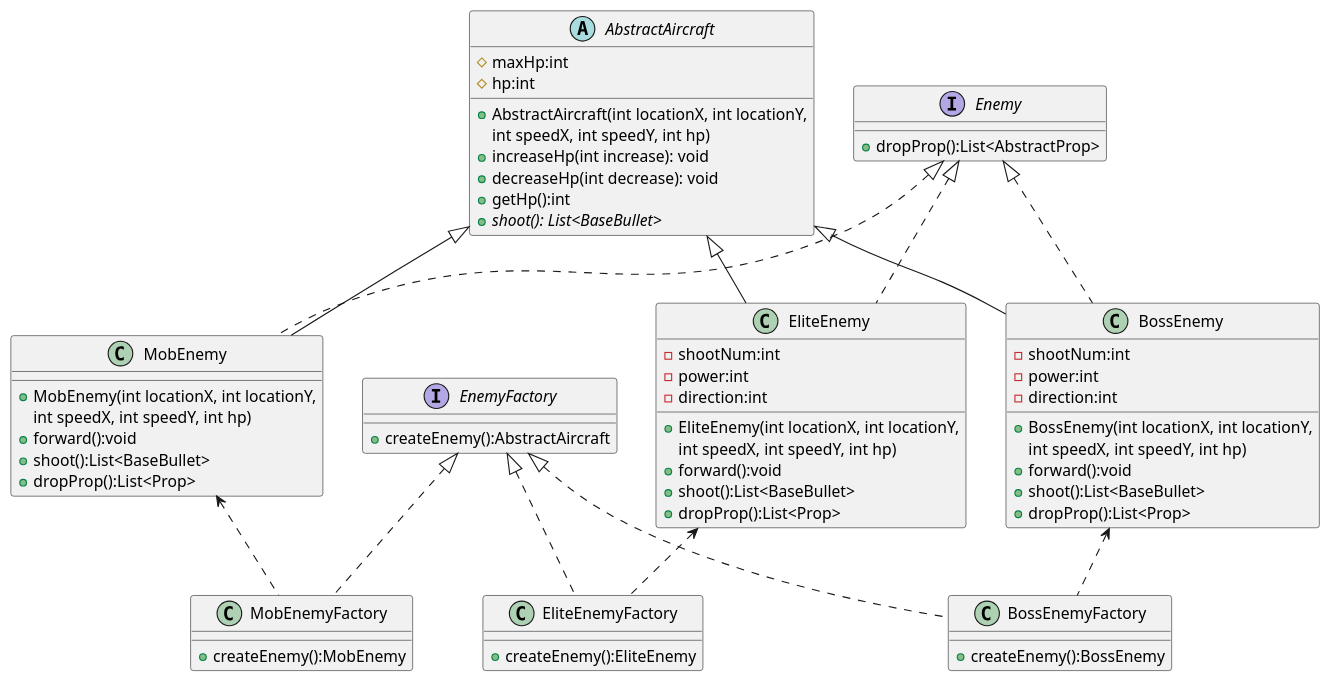
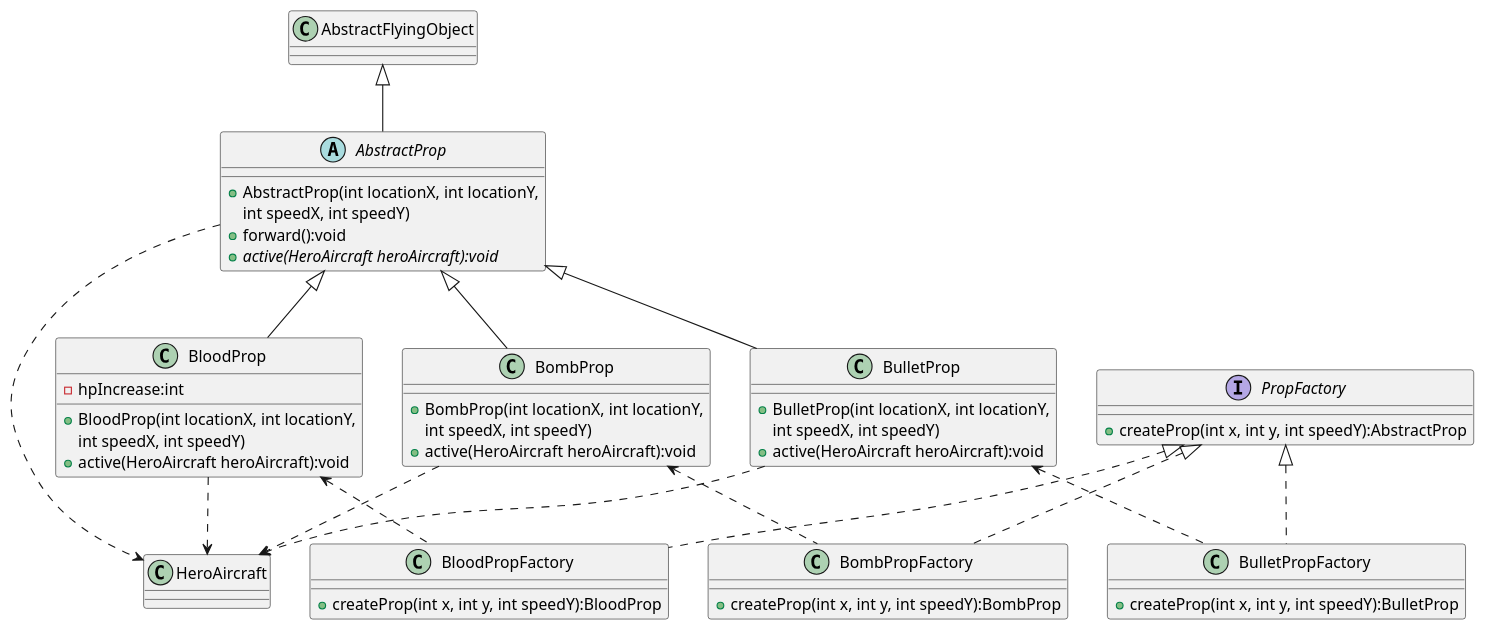
One commit to HaHaRen6/AircraftWar-base changed the diagram in uml/PropFactory.puml. Above: the diagram before and after it, drawn with PlantUML.

Commit message:
lab2 all finish

```diff
--- a/uml/PropFactory.puml
+++ b/uml/PropFactory.puml
@@ -1,90 +1,78 @@
 @startuml PropFactory
 'https://plantuml.com/class-diagram
 
-abstract class AbstractAircraft
+
+abstract class AbstractProp
 {
-	# maxHp:int
-    # hp:int
+    + AbstractProp(int locationX, int locationY,
+        int speedX, int speedY)
+    + forward():void
+    + {abstract} active(HeroAircraft heroAircraft):void
+}
+AbstractFlyingObject <|-- AbstractProp
+AbstractProp ..> HeroAircraft
 
-    + AbstractAircraft(int locationX, int locationY,
-        int speedX, int speedY, int hp)
-    + increaseHp(int increase): void
-    + decreaseHp(int decrease): void
-    + getHp():int
-    + {abstract} shoot(): List<BaseBullet>
+
+class BloodProp
+{
+    - hpIncrease:int
+
+    + BloodProp(int locationX, int locationY,
+        int speedX, int speedY)
+    + active(HeroAircraft heroAircraft):void
+}
+AbstractProp <|-- BloodProp
+BloodProp ..> HeroAircraft
+
+
+class BombProp
+{
+
+    + BombProp(int locationX, int locationY,
+        int speedX, int speedY)
+    + active(HeroAircraft heroAircraft):void
+}
+AbstractProp <|-- BombProp
+BombProp ..> HeroAircraft
+
+
+class BulletProp
+{
+
+    + BulletProp(int locationX, int locationY,
+        int speedX, int speedY)
+    + active(HeroAircraft heroAircraft):void
+}
+AbstractProp <|-- BulletProp
+BulletProp ..> HeroAircraft
+
+
+
+
+interface PropFactory {
+    + createProp(int x, int y, int speedY):AbstractProp
 }
 
 
-interface Enemy{
-    + dropProp():List<AbstractProp>
+class BloodPropFactory {
+    + createProp(int x, int y, int speedY):BloodProp
 }
+PropFactory <|.. BloodPropFactory
+BloodProp <.. BloodPropFactory
 
 
-class MobEnemy {
-
-    + MobEnemy(int locationX, int locationY,
-        int speedX, int speedY, int hp)
-    + forward():void
-    + shoot():List<BaseBullet>
-    + dropProp():List<Prop>
+class BombPropFactory {
+    + createProp(int x, int y, int speedY):BombProp
 }
-AbstractAircraft <|-- MobEnemy
-Enemy <|.. MobEnemy
+PropFactory <|.. BombPropFactory
+BombProp <.. BombPropFactory
 
 
-class BossEnemy {
-    - shootNum:int
-    - power:int
-    - direction:int
-
-    + BossEnemy(int locationX, int locationY,
-        int speedX, int speedY, int hp)
-    + forward():void
-    + shoot():List<BaseBullet>
-    + dropProp():List<Prop>
+class BulletPropFactory {
+    + createProp(int x, int y, int speedY):BulletProp
 }
-AbstractAircraft <|-- BossEnemy
-Enemy <|.. BossEnemy
+PropFactory <|.. BulletPropFactory
+BulletProp <.. BulletPropFactory
 
 
-class EliteEnemy {
-    - shootNum:int
-    - power:int
-    - direction:int
-
-    + EliteEnemy(int locationX, int locationY,
-        int speedX, int speedY, int hp)
-    + forward():void
-    + shoot():List<BaseBullet>
-    + dropProp():List<Prop>
-}
-AbstractAircraft <|-- EliteEnemy
-Enemy <|.. EliteEnemy
-
-
-interface EnemyFactory {
-    + createEnemy():AbstractAircraft
-}
-
-
-class EliteEnemyFactory {
-    + createEnemy():EliteEnemy
-}
-EnemyFactory <|.. EliteEnemyFactory
-EliteEnemy <.. EliteEnemyFactory
-
-
-class BossEnemyFactory {
-    + createEnemy():BossEnemy
-}
-EnemyFactory <|.. BossEnemyFactory
-BossEnemy <.. BossEnemyFactory
-
-
-class MobEnemyFactory {
-    + createEnemy():MobEnemy
-}
-EnemyFactory <|.. MobEnemyFactory
-MobEnemy <.. MobEnemyFactory
-
 @enduml
```
